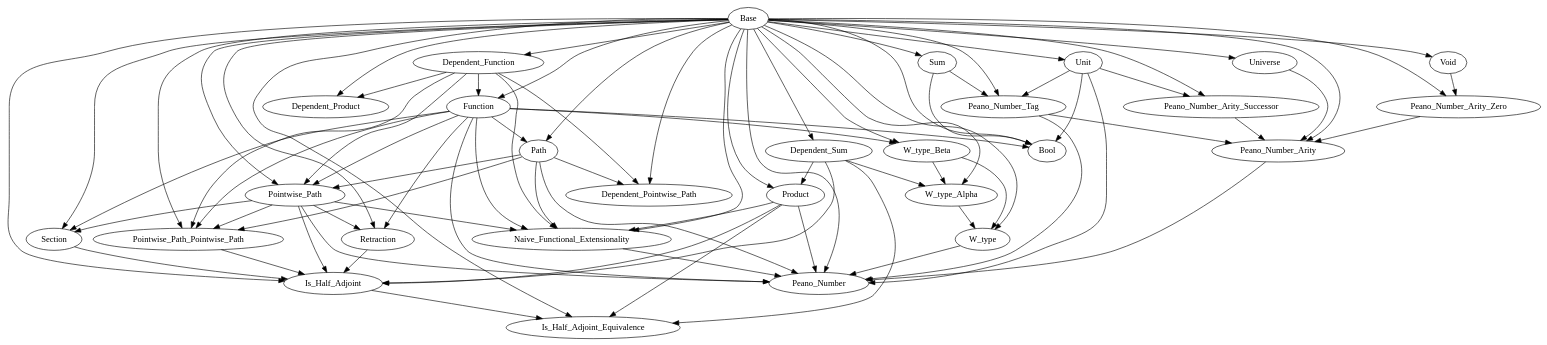
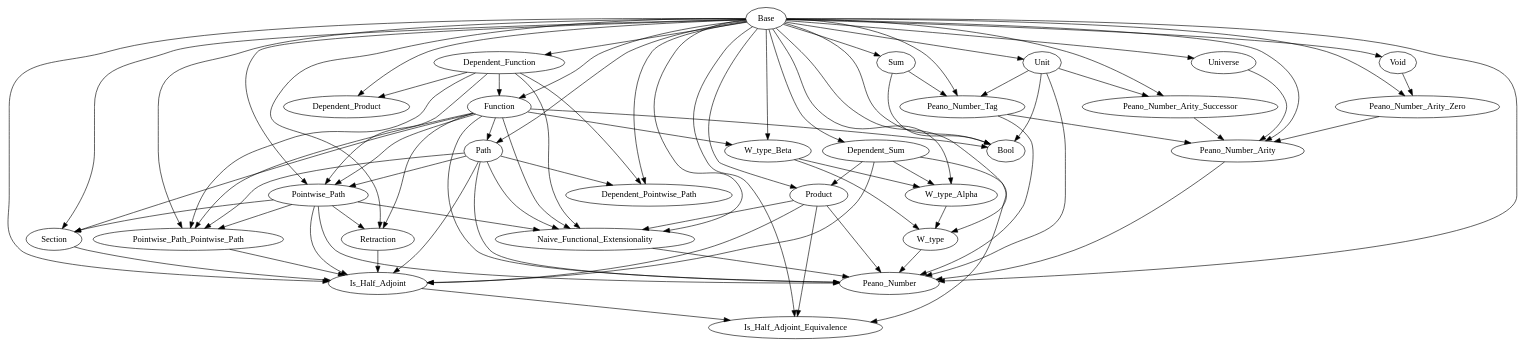
Before and after one commit to Hexirp/googology-in-coq: the diagram in libraries/dependencies.gv, drawn with Graphviz. The commit also changed 1 other file, not shown here.

Commit message:
Fix: Is_Half_Adjoint を

```diff
--- a/libraries/dependencies.gv
+++ b/libraries/dependencies.gv
@@ -1,113 +1,114 @@
 digraph Dependencies {
   # Base
   # Dependent_Function
   "Base" -> "Dependent_Function";
   # Function
   "Base" -> "Function";
   "Dependent_Function" -> "Function";
   # Dependent_Product
   "Base" -> "Dependent_Product";
   "Dependent_Function" -> "Dependent_Product";
   # Dependent_Sum
   "Base" -> "Dependent_Sum";
   # Product
   "Base" -> "Product";
   "Dependent_Sum" -> "Product";
   # Sum
   "Base" -> "Sum";
   # Unit
   "Base" -> "Unit";
   # Void
   "Base" -> "Void";
   # W_type_Beta
   "Base" -> "W_type_Beta";
   "Function" -> "W_type_Beta";
   # W_type_Alpha
   "Base" -> "W_type_Alpha";
   "Dependent_Sum" -> "W_type_Alpha";
   "W_type_Beta" -> "W_type_Alpha";
   # W_type
   "Base" -> "W_type";
   "W_type_Alpha" -> "W_type";
   "W_type_Beta" -> "W_type";
   # Universe
   "Base" -> "Universe";
   # Path
   "Base" -> "Path";
   "Function" -> "Path";
   # Dependent_Pointwise_Path
   "Base" -> "Dependent_Pointwise_Path";
   "Dependent_Function" -> "Dependent_Pointwise_Path";
   "Path" -> "Dependent_Pointwise_Path";
   # Pointwise_Path
   "Base" -> "Pointwise_Path";
   "Dependent_Function" -> "Pointwise_Path";
   "Function" -> "Pointwise_Path";
   "Path" -> "Pointwise_Path";
   # Pointwise_Path_Pointwise_Path
   "Base" -> "Pointwise_Path_Pointwise_Path";
   "Dependent_Function" -> "Pointwise_Path_Pointwise_Path";
   "Function" -> "Pointwise_Path_Pointwise_Path";
   "Path" -> "Pointwise_Path_Pointwise_Path";
   "Pointwise_Path" -> "Pointwise_Path_Pointwise_Path";
   # Section
   "Base" -> "Section";
   "Function" -> "Section";
   "Pointwise_Path" -> "Section";
   # Retraction
   "Base" -> "Retraction";
   "Function" -> "Retraction";
   "Pointwise_Path" -> "Retraction";
   # Is_Half_Adjoint
   "Base" -> "Is_Half_Adjoint";
   "Dependent_Sum" -> "Is_Half_Adjoint";
   "Product" -> "Is_Half_Adjoint";
+  "Path" -> "Is_Half_Adjoint";
   "Pointwise_Path" -> "Is_Half_Adjoint";
   "Pointwise_Path_Pointwise_Path" -> "Is_Half_Adjoint";
   "Section" -> "Is_Half_Adjoint";
   "Retraction" -> "Is_Half_Adjoint";
   # Is_Half_Adjoint_Equivalence
   "Base" -> "Is_Half_Adjoint_Equivalence";
   "Dependent_Sum" -> "Is_Half_Adjoint_Equivalence";
   "Product" -> "Is_Half_Adjoint_Equivalence";
   "Is_Half_Adjoint" -> "Is_Half_Adjoint_Equivalence";
   # Naive_Functional_Extensionality
   "Base" -> "Naive_Functional_Extensionality";
   "Dependent_Function" -> "Naive_Functional_Extensionality";
   "Function" -> "Naive_Functional_Extensionality";
   "Product" -> "Naive_Functional_Extensionality";
   "Path" -> "Naive_Functional_Extensionality";
   "Pointwise_Path" -> "Naive_Functional_Extensionality";
   # Bool
   "Base" -> "Bool";
   "Function" -> "Bool";
   "Sum" -> "Bool";
   "Unit" -> "Bool";
   # Peano_Number_Tag
   "Base" -> "Peano_Number_Tag";
   "Sum" -> "Peano_Number_Tag";
   "Unit" -> "Peano_Number_Tag";
   # Peano_Number_Arity_Zero
   "Base" -> "Peano_Number_Arity_Zero";
   "Void" -> "Peano_Number_Arity_Zero";
   # Peano_Number_Arity_Successor
   "Base" -> "Peano_Number_Arity_Successor";
   "Unit" -> "Peano_Number_Arity_Successor";
   # Peano_Number_Arity
   "Base" -> "Peano_Number_Arity";
   "Universe" -> "Peano_Number_Arity";
   "Peano_Number_Tag" -> "Peano_Number_Arity";
   "Peano_Number_Arity_Zero" -> "Peano_Number_Arity";
   "Peano_Number_Arity_Successor" -> "Peano_Number_Arity";
   # Peano_Number
   "Base" -> "Peano_Number";
   "Function" -> "Peano_Number";
   "Product" -> "Peano_Number";
   "Unit" -> "Peano_Number";
   "W_type" -> "Peano_Number";
   "Path" -> "Peano_Number";
   "Pointwise_Path" -> "Peano_Number";
   "Naive_Functional_Extensionality" -> "Peano_Number";
   "Peano_Number_Tag" -> "Peano_Number";
   "Peano_Number_Arity" -> "Peano_Number";
 }
```
